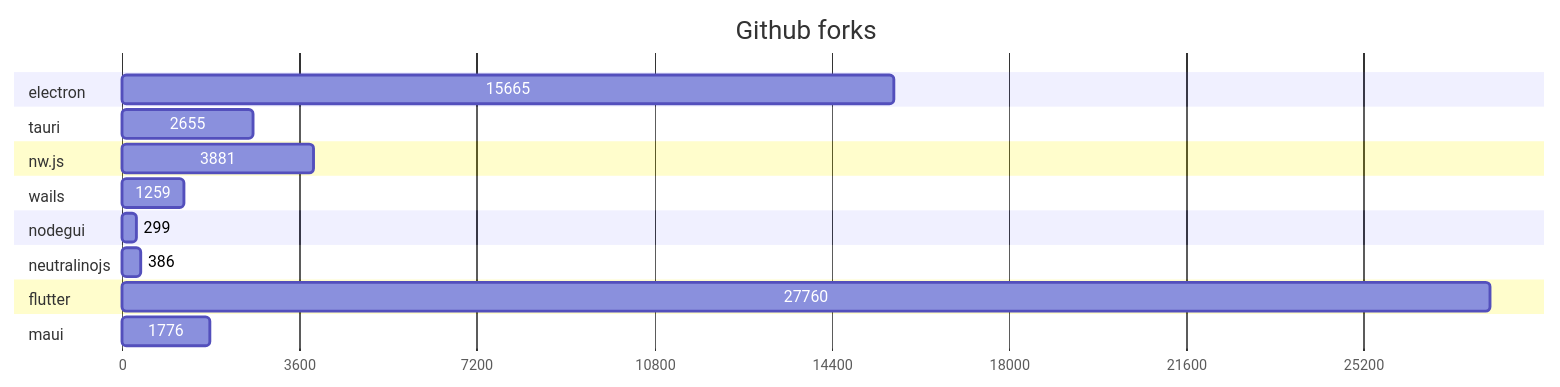
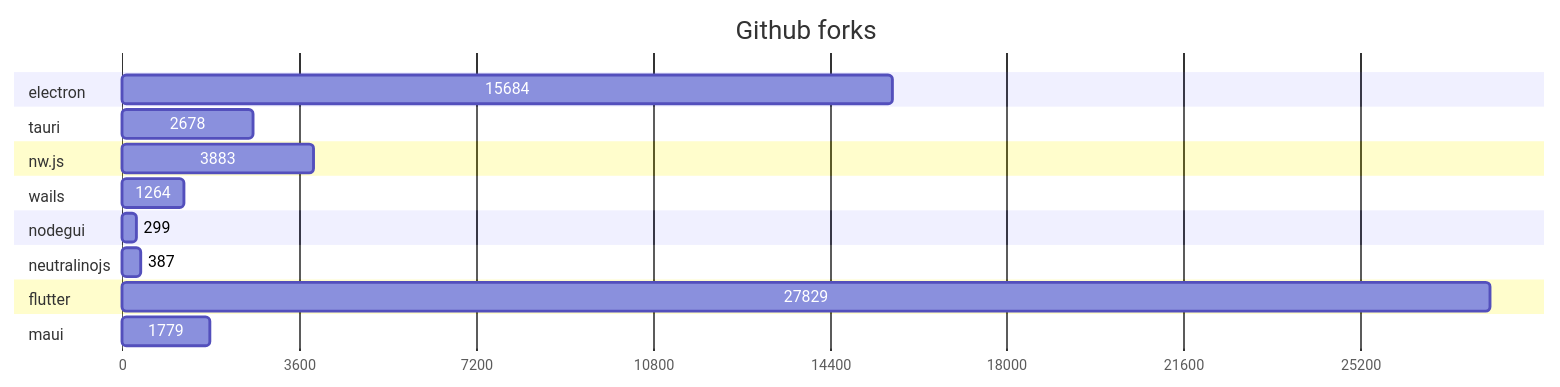
Before and after one commit to Elanis/web-to-desktop-framework-comparison: the second of 2 diagrams in GRAPHS.md, drawn with Mermaid. The commit also changed other lines of this file and 2 other files, not shown here.

````diff
--- a/GRAPHS.md
+++ b/GRAPHS.md
@@ -47,40 +47,40 @@
 ```mermaid
 gantt
     title Github forks
     dateFormat  X
     axisFormat %s
 
 
 	section electron
-	15665 : 0, 15665
+	15684 : 0, 15684
 
 	
 	section tauri
-	2655 : 0, 2655
+	2678 : 0, 2678
 
 	
 	section nw.js
-	3881 : 0, 3881
+	3883 : 0, 3883
 
 	
 	section wails
-	1259 : 0, 1259
+	1264 : 0, 1264
 
 	
 	section nodegui
 	299 : 0, 299
 
 	
 	section neutralinojs
-	386 : 0, 386
+	387 : 0, 387
 
 	
 	section flutter
-	27760 : 0, 27760
+	27829 : 0, 27829
 
 	
 	section maui
-	1776 : 0, 1776
+	1779 : 0, 1779
 
 	
 ```
````
